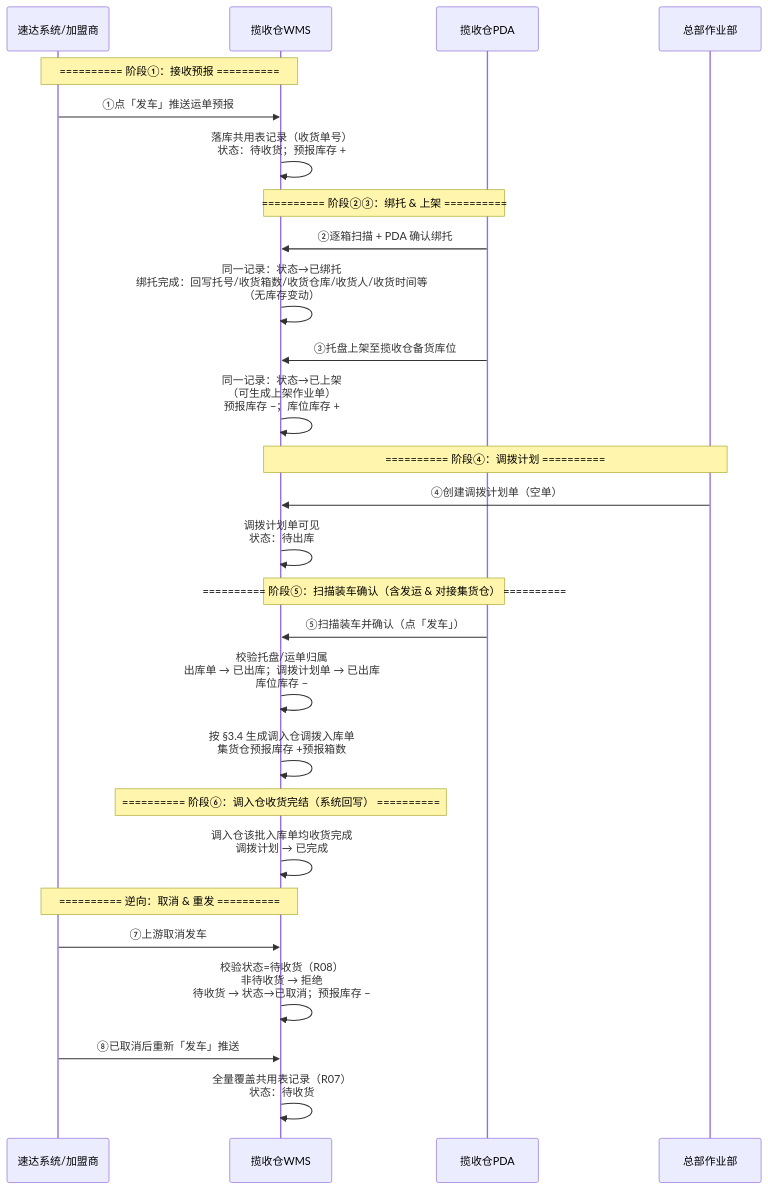
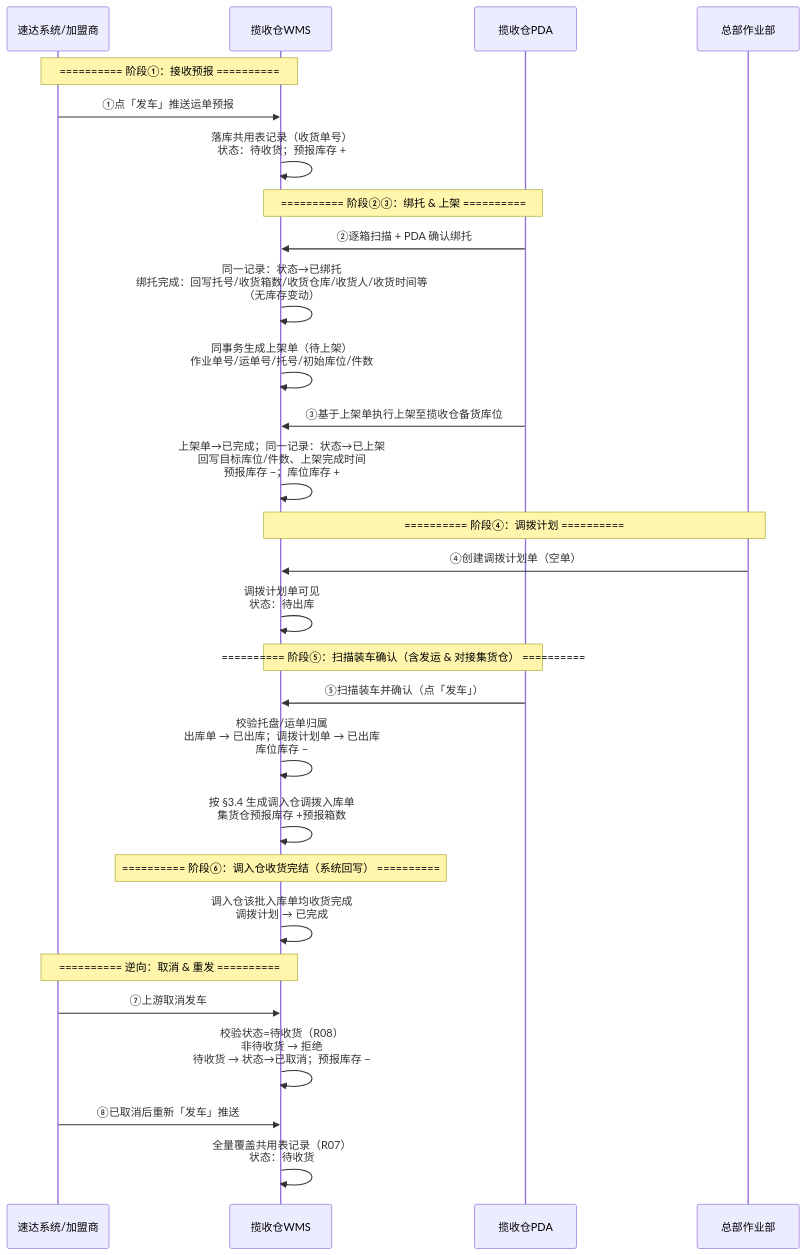
Before and after one commit to Tiana-1720/wms-inbound-demo: the first of 2 diagrams in prd-docs/01-加盟商揽收仓需求/01-业务流程推演.md, drawn with Mermaid. The commit also changed other lines of this file and 24 other files, not shown here.

````diff
--- a/prd-docs/01-加盟商揽收仓需求/01-业务流程推演.md
+++ b/prd-docs/01-加盟商揽收仓需求/01-业务流程推演.md
@@ -104,41 +104,42 @@
 ```mermaid
 sequenceDiagram
     participant SD as 速达系统/加盟商
     participant WMS as 揽收仓WMS
     participant PDA as 揽收仓PDA
     participant HQ as 总部作业部
 
     Note over SD,WMS: ========== 阶段①：接收预报 ==========
 
     SD->>WMS: ①点「发车」推送运单预报
     WMS->>WMS: 落库共用表记录（收货单号）<br/>状态：待收货；预报库存 +
 
     Note over PDA,WMS: ========== 阶段②③：绑托 & 上架 ==========
 
     PDA->>WMS: ②逐箱扫描 + PDA 确认绑托
     WMS->>WMS: 同一记录：状态→已绑托<br/>绑托完成：回写托号/收货箱数/收货仓库/收货人/收货时间等<br/>（无库存变动）
-    PDA->>WMS: ③托盘上架至揽收仓备货库位
-    WMS->>WMS: 同一记录：状态→已上架<br/>（可生成上架作业单）<br/>预报库存 −；库位库存 +
+    WMS->>WMS: 同事务生成上架单（待上架）<br/>作业单号/运单号/托号/初始库位/件数
+    PDA->>WMS: ③基于上架单执行上架至揽收仓备货库位
+    WMS->>WMS: 上架单→已完成；同一记录：状态→已上架<br/>回写目标库位/件数、上架完成时间<br/>预报库存 −；库位库存 +
 
     Note over HQ,WMS: ========== 阶段④：调拨计划 ==========
 
     HQ->>WMS: ④创建调拨计划单（空单）
     WMS->>WMS: 调拨计划单可见<br/>状态：待出库
 
     Note over PDA,WMS: ========== 阶段⑤：扫描装车确认（含发运 & 对接集货仓） ==========
 
     PDA->>WMS: ⑤扫描装车并确认（点「发车」）
     WMS->>WMS: 校验托盘/运单归属<br/>出库单 → 已出库；调拨计划单 → 已出库<br/>库位库存 −
     WMS->>WMS: 按 §3.4 生成调入仓调拨入库单<br/>集货仓预报库存 +预报箱数
 
     Note over WMS: ========== 阶段⑥：调入仓收货完结（系统回写） ==========
 
     WMS->>WMS: 调入仓该批入库单均收货完成<br/>调拨计划 → 已完成
 
     Note over SD,WMS: ========== 逆向：取消 & 重发 ==========
 
     SD->>WMS: ⑦上游取消发车
     WMS->>WMS: 校验状态=待收货（R08）<br/>非待收货 → 拒绝<br/>待收货 → 状态→已取消；预报库存 −
     SD->>WMS: ⑧已取消后重新「发车」推送
     WMS->>WMS: 全量覆盖共用表记录（R07）<br/>状态：待收货
 ```
````
